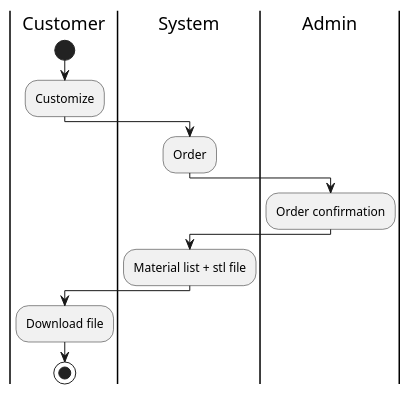
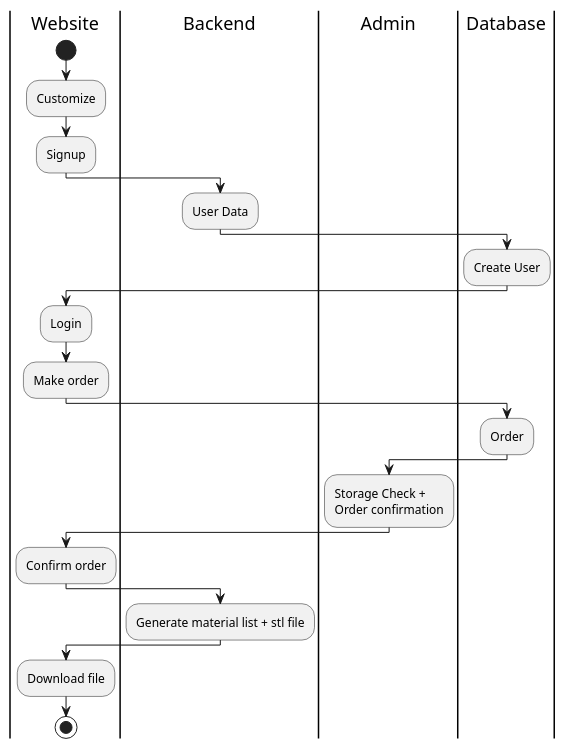
Before and after one commit to HeinLarsen/fog-carport: the diagram in documentation/AktivitetsDiagram.puml, drawn with PlantUML.

Commit message:
Update AktivitetsDiagram
Mere Detaljer

```diff
--- a/documentation/AktivitetsDiagram.puml
+++ b/documentation/AktivitetsDiagram.puml
@@ -1,17 +1,30 @@
 @startuml
 'https://plantuml.com/activity-diagram-beta
 
-|Customer|
+|Website|
 start
 :Customize;
-|System|
+:Signup;
+|Backend|
+:User Data;
+|Admin|
+|Backend|
+|Database|
+:Create User;
+|Website|
+:Login;
+:Make order;
+|Database|
 :Order;
 |Admin|
-:Order confirmation;
-|System|
-:Material list + stl file;
-|Customer|
+:Storage Check +
+Order confirmation;
+|Website|
+:Confirm order;
+|Backend|
+:Generate material list + stl file;
+|Website|
 :Download file;
 stop
 
 @enduml
```
